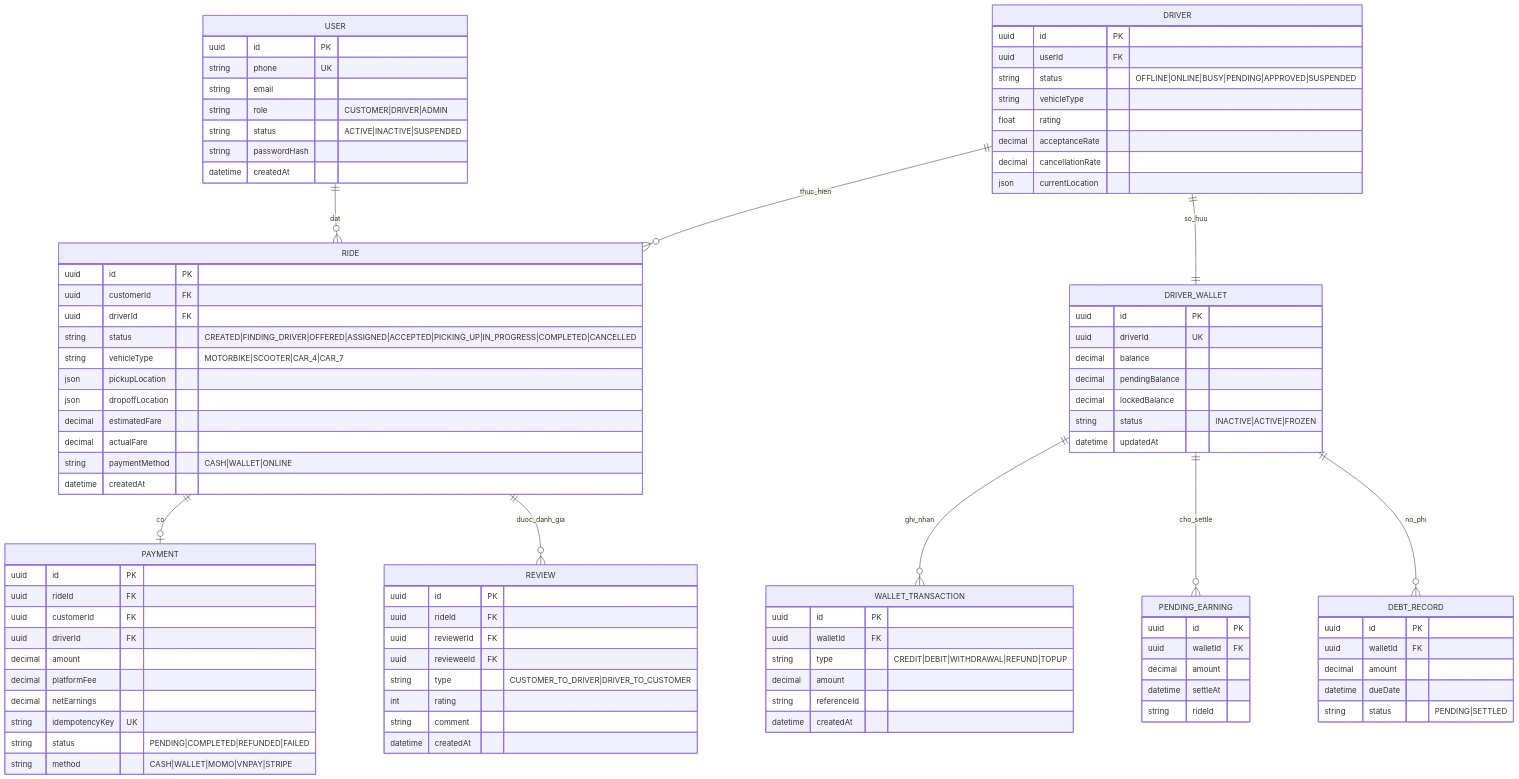
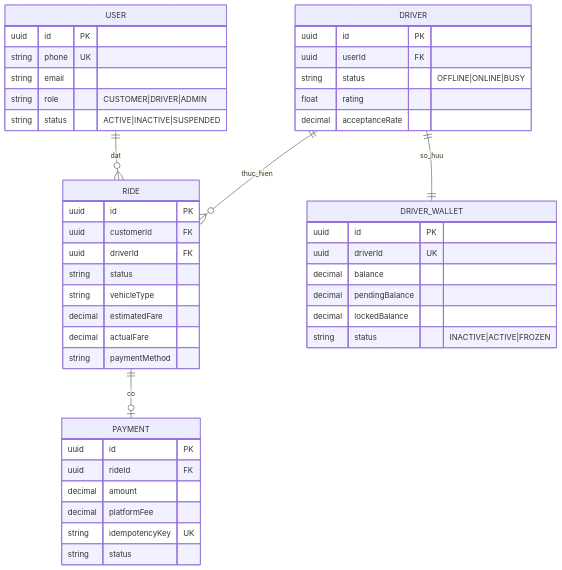
The sixth of 7 diagrams in README.md (foxxiee04/Cab-Booking-System-Project), drawn with Mermaid before and after one commit. The commit also changed other lines of this file and 3 other files, not shown here.

````diff
--- a/README.md
+++ b/README.md
@@ -996,48 +474,32 @@
         string email
         string role "CUSTOMER|DRIVER|ADMIN"
         string status "ACTIVE|INACTIVE|SUSPENDED"
-        string passwordHash
-        datetime createdAt
     }
-
     RIDE {
         uuid id PK
         uuid customerId FK
         uuid driverId FK
-        string status "CREATED|FINDING_DRIVER|OFFERED|ASSIGNED|ACCEPTED|PICKING_UP|IN_PROGRESS|COMPLETED|CANCELLED"
-        string vehicleType "MOTORBIKE|SCOOTER|CAR_4|CAR_7"
-        json pickupLocation
-        json dropoffLocation
+        string status
+        string vehicleType
         decimal estimatedFare
         decimal actualFare
-        string paymentMethod "CASH|WALLET|ONLINE"
-        datetime createdAt
+        string paymentMethod
     }
-
     DRIVER {
         uuid id PK
         uuid userId FK
-        string status "OFFLINE|ONLINE|BUSY|PENDING|APPROVED|SUSPENDED"
-        string vehicleType
+        string status "OFFLINE|ONLINE|BUSY"
         float rating
         decimal acceptanceRate
-        decimal cancellationRate
-        json currentLocation
     }
-
     PAYMENT {
         uuid id PK
         uuid rideId FK
-        uuid customerId FK
-        uuid driverId FK
         decimal amount
         decimal platformFee
-        decimal netEarnings
         string idempotencyKey UK
-        string status "PENDING|COMPLETED|REFUNDED|FAILED"
-        string method "CASH|WALLET|MOMO|VNPAY|STRIPE"
+        string status
     }
-
     DRIVER_WALLET {
         uuid id PK
         uuid driverId UK
@@ -1045,51 +507,9 @@
         decimal pendingBalance
         decimal lockedBalance
         string status "INACTIVE|ACTIVE|FROZEN"
-        datetime updatedAt
     }
-
-    WALLET_TRANSACTION {
-        uuid id PK
-        uuid walletId FK
-        string type "CREDIT|DEBIT|WITHDRAWAL|REFUND|TOPUP"
-        decimal amount
-        string referenceId
-        datetime createdAt
-    }
-
-    PENDING_EARNING {
-        uuid id PK
-        uuid walletId FK
-        decimal amount
-        datetime settleAt
-        string rideId
-    }
-
-    DEBT_RECORD {
-        uuid id PK
-        uuid walletId FK
-        decimal amount
-        datetime dueDate
-        string status "PENDING|SETTLED"
-    }
-
-    REVIEW {
-        uuid id PK
-        uuid rideId FK
-        uuid reviewerId FK
-        uuid revieweeId FK
-        string type "CUSTOMER_TO_DRIVER|DRIVER_TO_CUSTOMER"
-        int rating
-        string comment
-        datetime createdAt
-    }
-
     USER ||--o{ RIDE : dat
     DRIVER ||--o{ RIDE : thuc_hien
     RIDE ||--o| PAYMENT : co
     DRIVER ||--|| DRIVER_WALLET : so_huu
-    DRIVER_WALLET ||--o{ WALLET_TRANSACTION : ghi_nhan
-    DRIVER_WALLET ||--o{ PENDING_EARNING : cho_settle
-    DRIVER_WALLET ||--o{ DEBT_RECORD : no_phi
-    RIDE ||--o{ REVIEW : duoc_danh_gia
 ```
````
